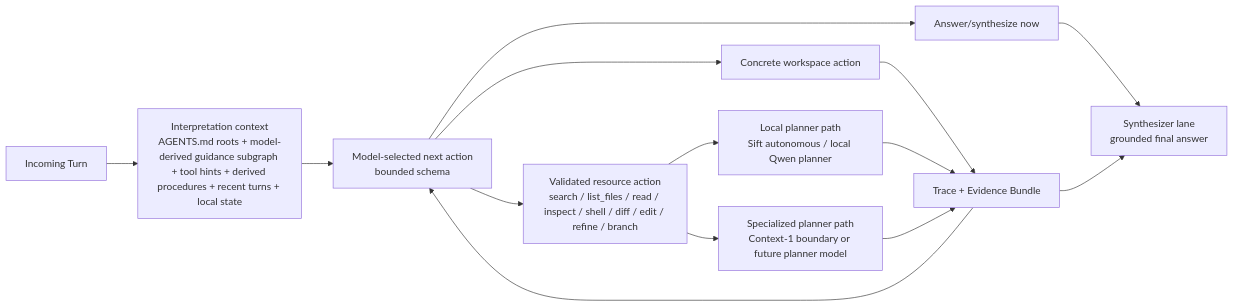
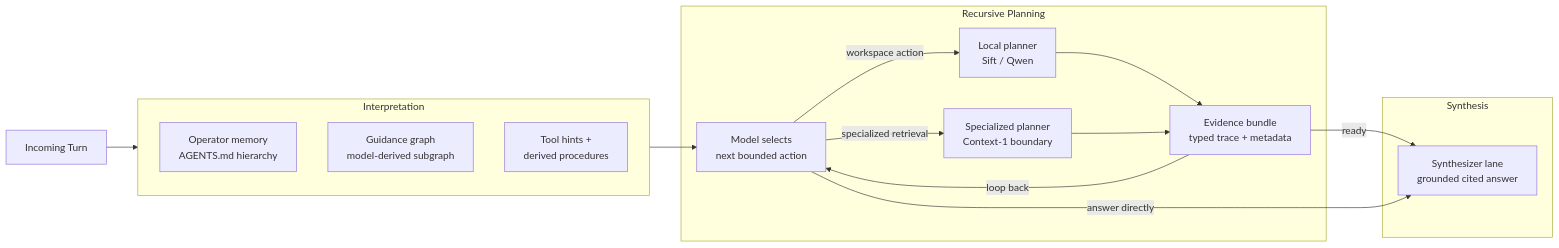
One commit to spoke-sh/paddles changed the second of 5 diagrams in README.md. Above: the diagram before and after it, drawn with Mermaid. The commit also changed other lines of this file and 6 other files, not shown here.

First line of the commit message:
docs: rewrite foundational documents for clarity and narrative flow

````diff
--- a/README.md
+++ b/README.md
@@ -51,22 +56,28 @@
 ```mermaid
 flowchart LR
     Turn["Incoming Turn"]
-    Interpret["Interpretation context<br/>AGENTS.md roots + model-derived guidance subgraph + tool hints + derived procedures + recent turns + local state"]
-    Decide["Model-selected next action<br/>bounded schema"]
-    Direct["Answer/synthesize now"]
-    Tool["Concrete workspace action"]
-    Resource["Validated resource action<br/>search / list_files / read / inspect / shell / diff / edit / refine / branch"]
-    LocalPlanner["Local planner path<br/>Sift autonomous / local Qwen planner"]
-    HeavyPlanner["Specialized planner path<br/>Context-1 boundary or future planner model"]
-    Evidence["Trace + Evidence Bundle"]
-    Synth["Synthesizer lane<br/>grounded final answer"]
+
+    subgraph Interpret ["Interpretation"]
+        Memory["Operator memory<br/>AGENTS.md hierarchy"]
+        Graph["Guidance graph<br/>model-derived subgraph"]
+        Hints["Tool hints +<br/>derived procedures"]
+    end
+
+    subgraph Plan ["Recursive Planning"]
+        Decide["Model selects<br/>next bounded action"]
+        Local["Local planner<br/>Sift / Qwen"]
+        Heavy["Specialized planner<br/>Context-1 boundary"]
+        Evidence["Evidence bundle<br/>typed trace + metadata"]
+    end
+
+    subgraph Finish ["Synthesis"]
+        Synth["Synthesizer lane<br/>grounded cited answer"]
+    end
 
     Turn --> Interpret --> Decide
-    Decide --> Direct --> Synth
-    Decide --> Tool --> Evidence
-    Decide --> Resource
-    Resource --> LocalPlanner --> Evidence
-    Resource --> HeavyPlanner --> Evidence
-    Evidence --> Decide
-    Evidence --> Synth
+    Decide -->|"workspace action"| Local --> Evidence
+    Decide -->|"specialized retrieval"| Heavy --> Evidence
+    Evidence -->|"loop back"| Decide
+    Evidence -->|"ready"| Synth
+    Decide -->|"answer directly"| Synth
 ```
````
